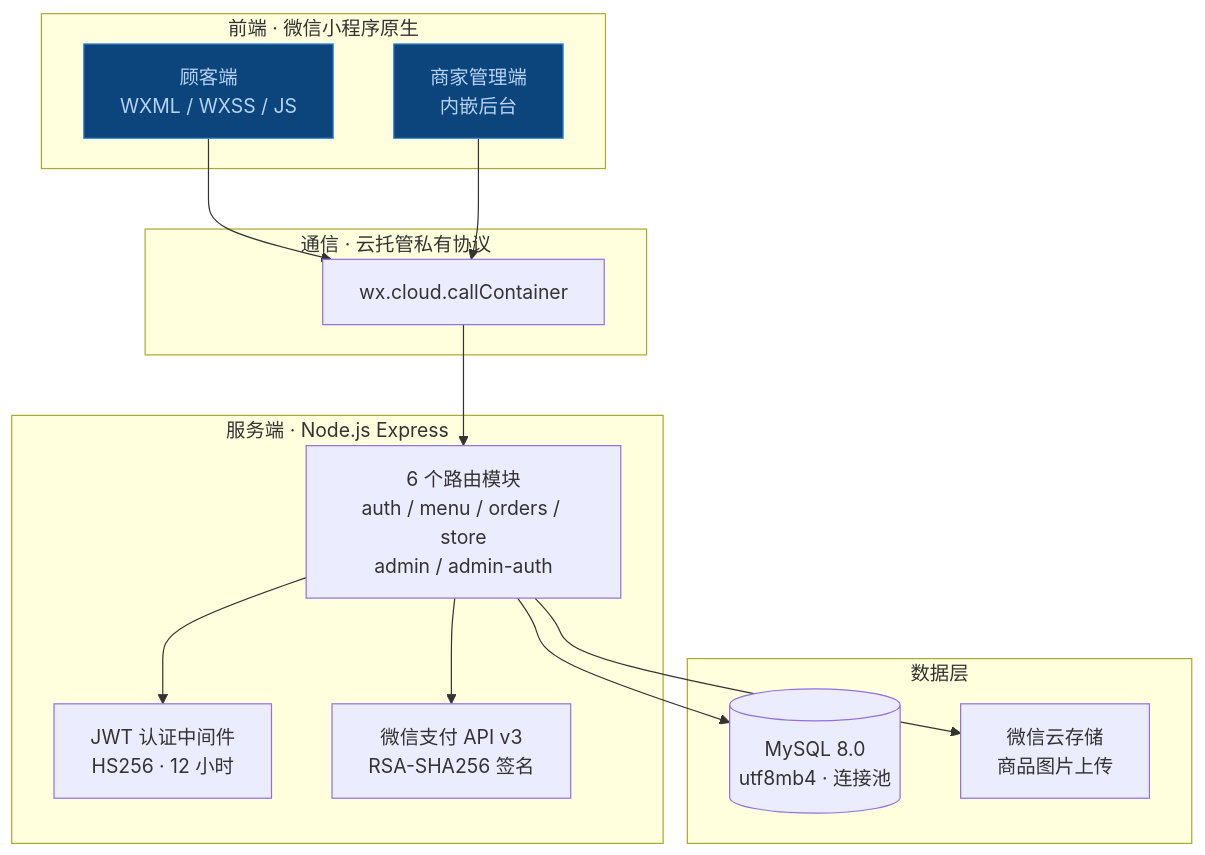
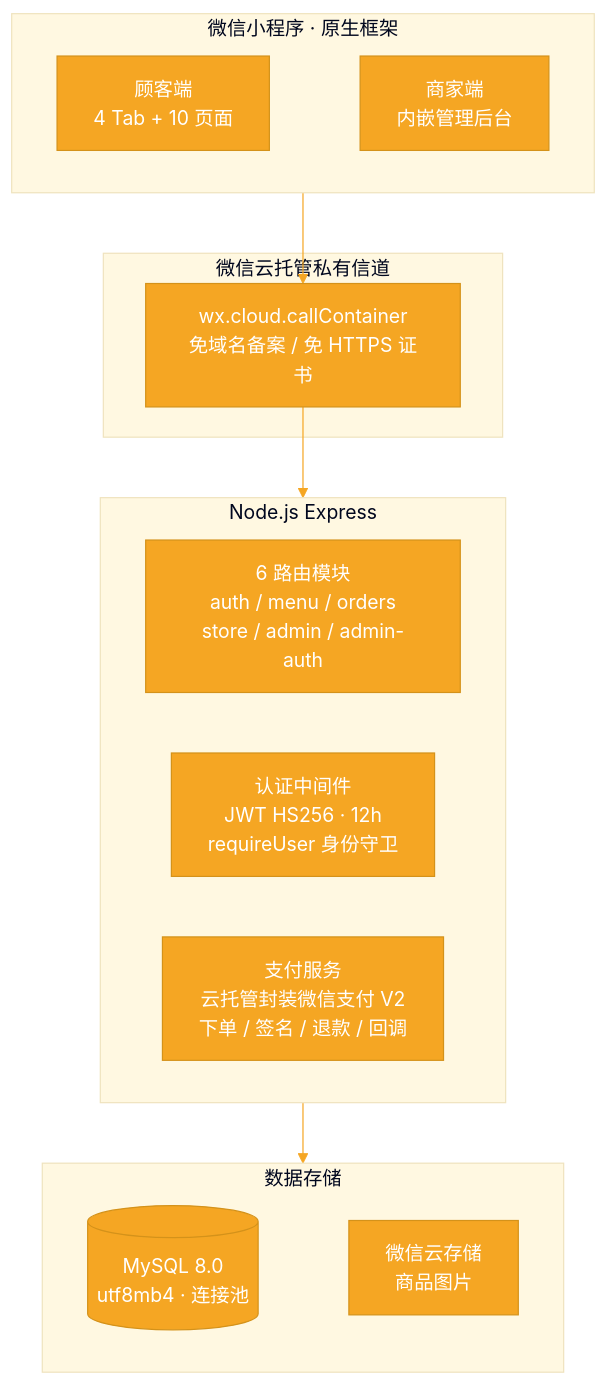
The second of 4 diagrams in README.md (zip-Wu/tasty_bakery), drawn with Mermaid before and after one commit. The commit also changed other lines of this file and 36 other files, not shown here.

Commit message:
docs: README全面重构 + 截图替换为最新版本界面

````diff
--- a/README.md
+++ b/README.md
@@ -33,33 +110,27 @@
 ```mermaid
-graph TB
-    subgraph 前端["前端 · 微信小程序原生"]
-        A[顾客端<br/>WXML / WXSS / JS]
-        B[商家管理端<br/>内嵌后台]
+%%{init: {'theme': 'base', 'themeVariables': { 'primaryColor': '#f5a623', 'primaryTextColor': '#fff', 'primaryBorderColor': '#d4921a', 'lineColor': '#f5a623', 'secondaryColor': '#ffeb99', 'tertiaryColor': '#fff8e1'}}}%%
+flowchart TB
+    subgraph 小程序端["微信小程序 · 原生框架"]
+        direction LR
+        CUST["顾客端<br/>4 Tab + 10 页面"] ~~~ ADM["商家端<br/>内嵌管理后台"]
     end
 
-    subgraph 通信["通信 · 云托管私有协议"]
-        C[wx.cloud.callContainer]
+    subgraph 通信层["微信云托管私有信道"]
+        CC["wx.cloud.callContainer<br/>免域名备案 / 免 HTTPS 证书"]
     end
 
-    subgraph 服务端["服务端 · Node.js Express"]
-        D[6 个路由模块<br/>auth / menu / orders / store<br/>admin / admin-auth]
-        E[JWT 认证中间件<br/>HS256 · 12 小时]
-        F[微信支付 API v3<br/>RSA-SHA256 签名]
+    subgraph 服务端["Node.js Express"]
+        direction LR
+        RT["6 路由模块<br/>auth / menu / orders<br/>store / admin / admin-auth"]
+        MW["认证中间件<br/>JWT HS256 · 12h<br/>requireUser 身份守卫"]
+        PAY["支付服务<br/>云托管封装微信支付 V2<br/>下单 / 签名 / 退款 / 回调"]
     end
 
-    subgraph 数据层
-        G[(MySQL 8.0<br/>utf8mb4 · 连接池)]
-        H[微信云存储<br/>商品图片上传]
+    subgraph 数据层["数据存储"]
+        direction LR
+        DB[("MySQL 8.0<br/>utf8mb4 · 连接池")] ~~~ COS["微信云存储<br/>商品图片"]
     end
 
-    A --> C
-    B --> C
-    C --> D
-    D --> E
-    D --> F
-    D --> G
-    D --> H
-
-    classDef cyan fill:#0C447C,stroke:#378ADD,color:#B5D4F4
-    class A,B cyan
+    小程序端 --> CC --> 服务端
+    服务端 --> 数据层
 ```
````
